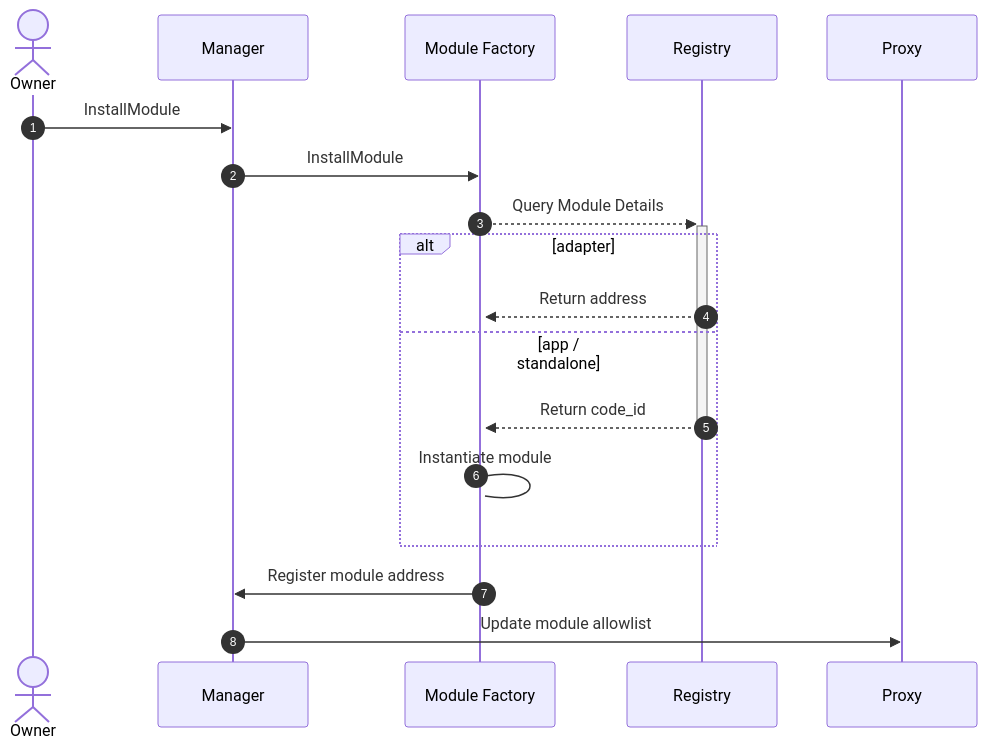
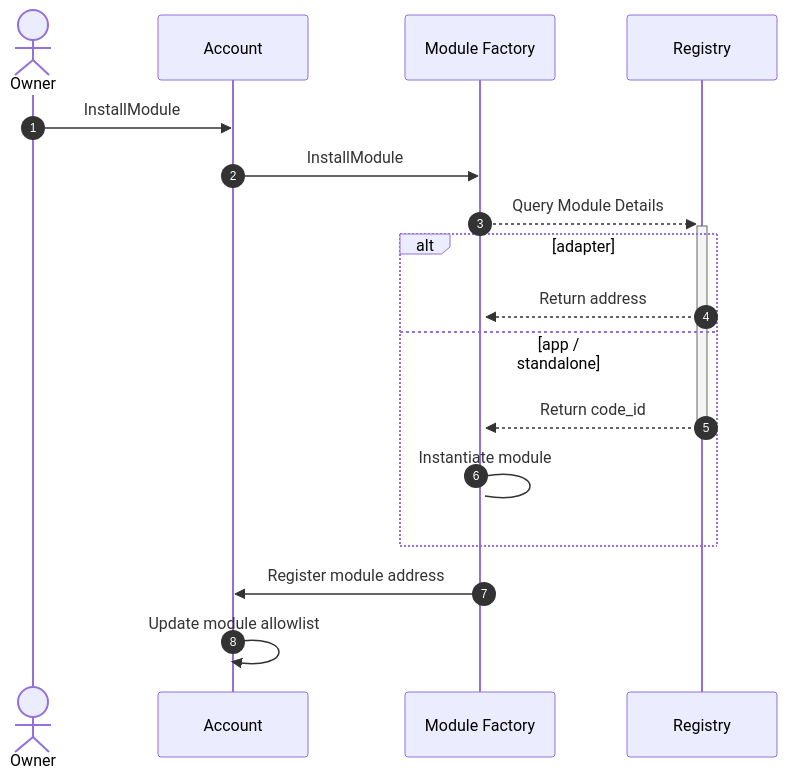
Before and after one commit to AbstractSDK/abstract: the first of 5 diagrams in framework/docs/src/5_platform/8_modules.md, drawn with Mermaid. The commit also changed other lines of this file and 3 other files, not shown here.

````diff
--- a/framework/docs/src/5_platform/8_modules.md
+++ b/framework/docs/src/5_platform/8_modules.md
@@ -11,20 +9,19 @@
 ```mermaid
 sequenceDiagram
     autonumber
     actor U as Owner
-    participant M as Manager
+    participant A as Account
     participant MF as Module Factory
     participant REG as Registry
-    participant P as Proxy
-    U ->> M: InstallModule
-    M ->> MF: InstallModule
+    U ->> A: InstallModule
+    A ->> MF: InstallModule
     MF -->>+ REG: Query Module Details
     alt adapter
         REG -->>+ MF: Return address
     else app / standalone
         REG -->>- MF: Return code_id
         MF -> MF: Instantiate module
     end
-    MF ->> M: Register module address
-    M ->> P: Update module allowlist
+    MF ->> A: Register module address
+    A ->> A: Update module allowlist
 ```
````
